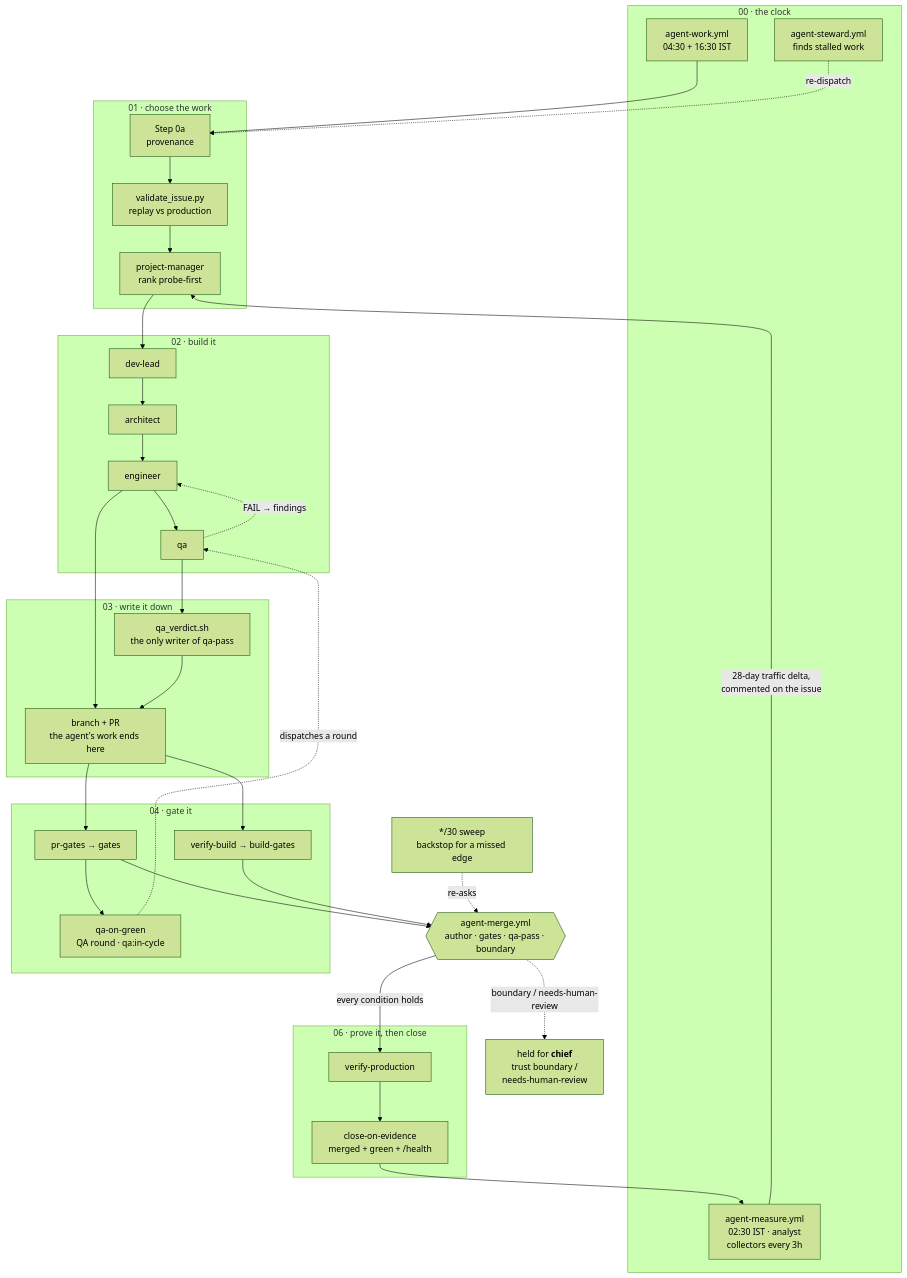
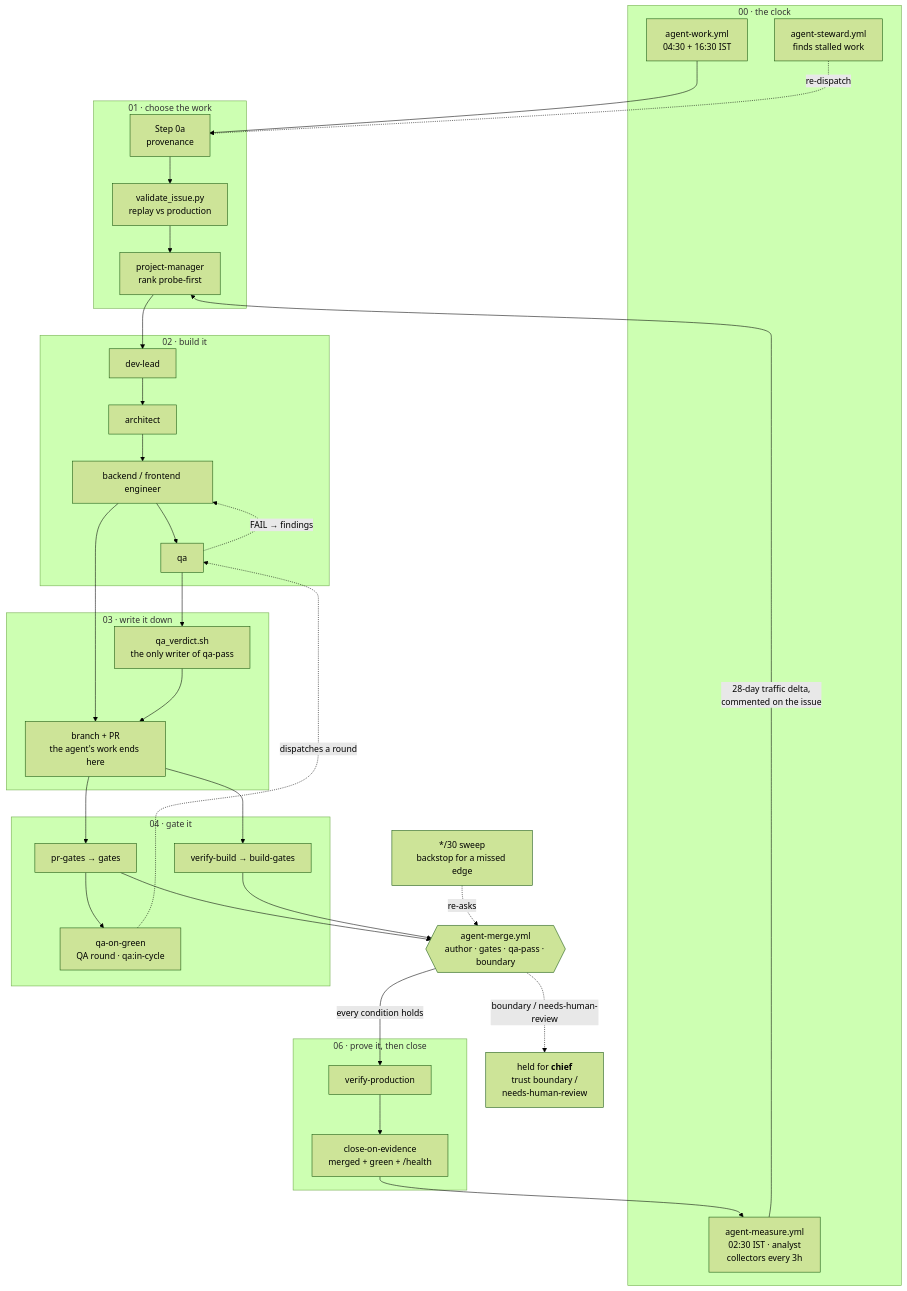
The diagram in README.md (mahAnuj/astro-ai), drawn with Mermaid (forest theme) before and after one commit. The commit also changed other lines of this file and 25 other files, not shown here.

````diff
--- a/README.md
+++ b/README.md
@@ -186,53 +186,53 @@
 ```mermaid
 flowchart TD
     subgraph CLOCK["00 · the clock"]
         W["agent-work.yml<br/>04:30 + 16:30 IST"]
         S["agent-steward.yml<br/>finds stalled work"]
         M["agent-measure.yml<br/>02:30 IST · analyst<br/>collectors every 3h"]
     end
 
     subgraph PICK["01 · choose the work"]
         P["Step 0a<br/>provenance"]
         V["validate_issue.py<br/>replay vs production"]
         R["project-manager<br/>rank probe-first"]
     end
 
     subgraph BUILD["02 · build it"]
-        DL["dev-lead"] --> AR["architect"] --> EN["engineer"] --> QA["qa"]
+        DL["dev-lead"] --> AR["architect"] --> EN["backend / frontend engineer"] --> QA["qa"]
         QA -. "FAIL → findings" .-> EN
     end
 
     subgraph WRITE["03 · write it down"]
         QV["qa_verdict.sh<br/>the only writer of qa-pass"]
         PR["branch + PR<br/>the agent's work ends here"]
     end
 
     subgraph GATE["04 · gate it"]
         G1["pr-gates → gates"]
         G2["verify-build → build-gates"]
         QG["qa-on-green<br/>QA round · qa:in-cycle"]
     end
 
     SW["*/30 sweep<br/>backstop for a missed edge"]
     AM{{"agent-merge.yml<br/>author · gates · qa-pass · boundary"}}
     HOLD["held for <b>chief</b><br/>trust boundary /<br/>needs-human-review"]
 
     subgraph PROVE["06 · prove it, then close"]
         VP["verify-production"]
         CE["close-on-evidence<br/>merged + green + /health"]
     end
 
     W --> P --> V --> R --> DL
     S -. "re-dispatch" .-> P
     EN --> PR
     QA --> QV --> PR
     PR --> G1 & G2
     G1 --> QG
     G1 & G2 --> AM
     QG -. "dispatches a round" .-> QA
     SW -. "re-asks" .-> AM
     AM -- "every condition holds" --> VP --> CE
     AM -. "boundary / needs-human-review" .-> HOLD
     CE --> M
     M -- "28-day traffic delta,<br/>commented on the issue" --> R
 ```
````
